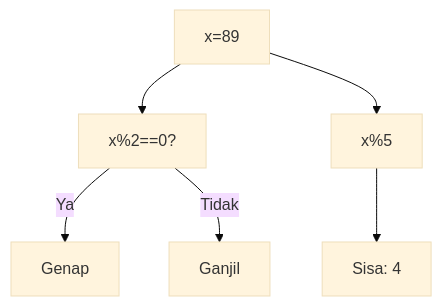
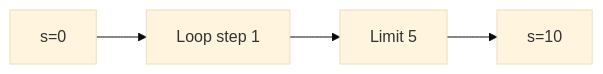
Diagram 18 of 25 in part-c-pemahaman-cpp/03-perulangan/latihan/set-06.md (amnahwaida/OSNK_INF_PREP), drawn with Mermaid (base theme) before and after one commit. The commit also changed other lines of this file and 71 other files, not shown here.

````diff
--- a/part-c-pemahaman-cpp/03-perulangan/latihan/set-06.md
+++ b/part-c-pemahaman-cpp/03-perulangan/latihan/set-06.md
@@ -544,8 +480,6 @@
 ```mermaid
-graph TD
-A["x=89"] --> B["x%2==0?"]
-B -- Ya --> C["Genap"]
-B -- Tidak --> D["Ganjil"]
-A --> E["x%5"]
-E --> F["Sisa: 4"]
+graph LR
+A["s=0"] --> B["Loop step 1"]
+B --> C["Limit 5"]
+C --> D["s=10"]
 ```
````
